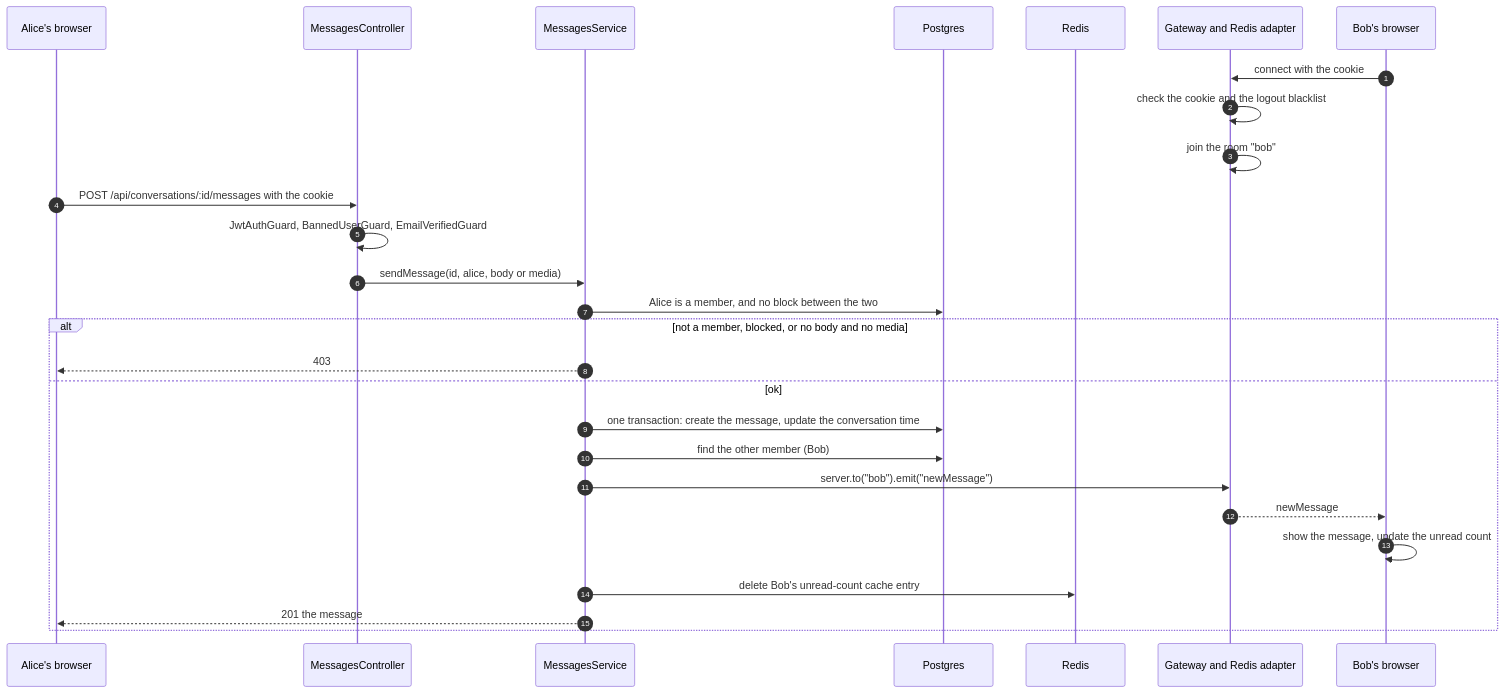
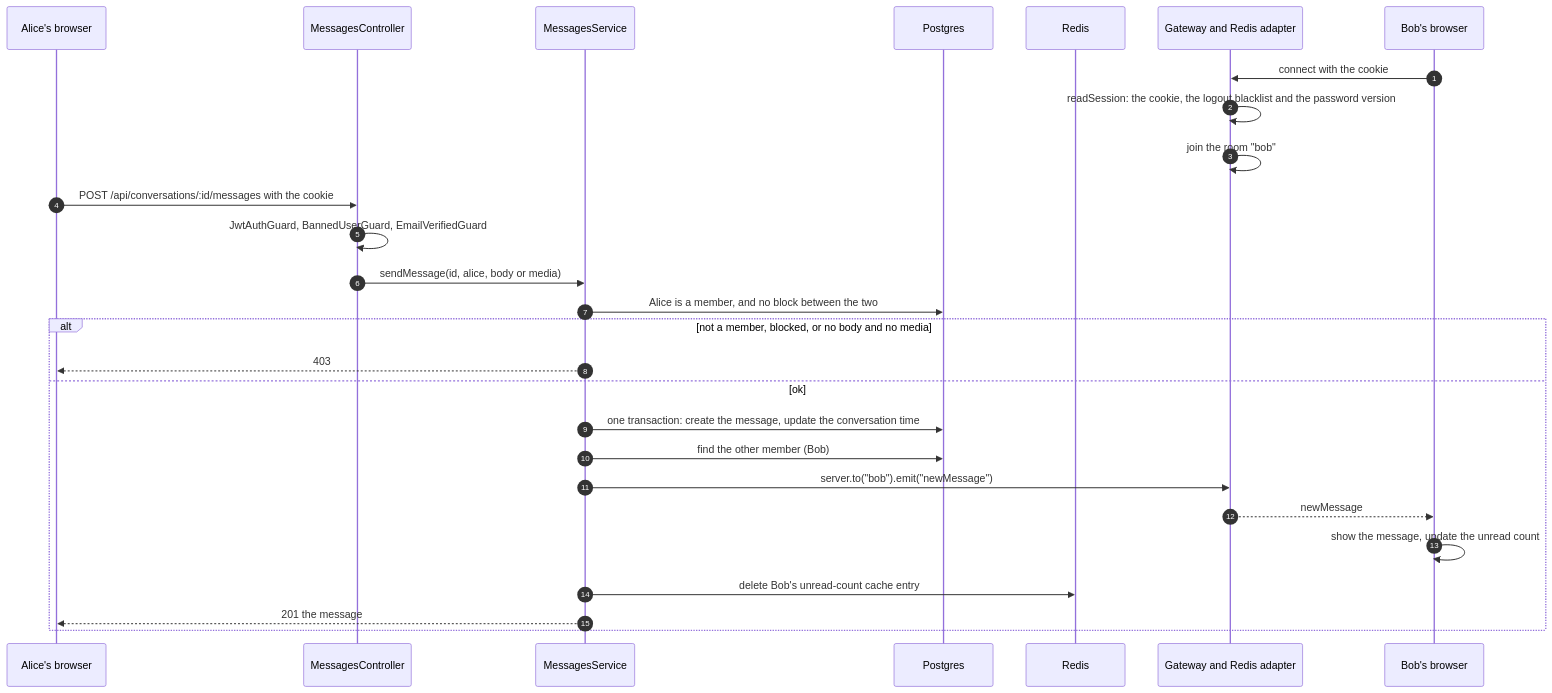
Before and after one commit to CaoNgocAnhTuan/Breadit: the diagram in .docs/Thesis-Report/images/fig4-7-direct-message.mmd, drawn with Mermaid. The commit also changed 5 other files, not shown here.

Commit message:
docs: Figures 4.2, 4.5, 4.7 and 4.11 follow the security fixes (code tries, pwv, readSession, passwordVersion)

```diff
--- a/.docs/Thesis-Report/images/fig4-7-direct-message.mmd
+++ b/.docs/Thesis-Report/images/fig4-7-direct-message.mmd
@@ -1,27 +1,27 @@
 sequenceDiagram
     autonumber
     participant A as Alice's browser
     participant C as MessagesController
     participant S as MessagesService
     participant DB as Postgres
     participant K as Redis
     participant GW as Gateway and Redis adapter
     participant B as Bob's browser
     B->>GW: connect with the cookie
-    GW->>GW: check the cookie and the logout blacklist
+    GW->>GW: readSession: the cookie, the logout blacklist and the password version
     GW->>GW: join the room "bob"
     A->>C: POST /api/conversations/:id/messages with the cookie
     C->>C: JwtAuthGuard, BannedUserGuard, EmailVerifiedGuard
     C->>S: sendMessage(id, alice, body or media)
     S->>DB: Alice is a member, and no block between the two
     alt not a member, blocked, or no body and no media
         S-->>A: 403
     else ok
         S->>DB: one transaction: create the message, update the conversation time
         S->>DB: find the other member (Bob)
         S->>GW: server.to("bob").emit("newMessage")
         GW-->>B: newMessage
         B->>B: show the message, update the unread count
         S->>K: delete Bob's unread-count cache entry
         S-->>A: 201 the message
     end
```
